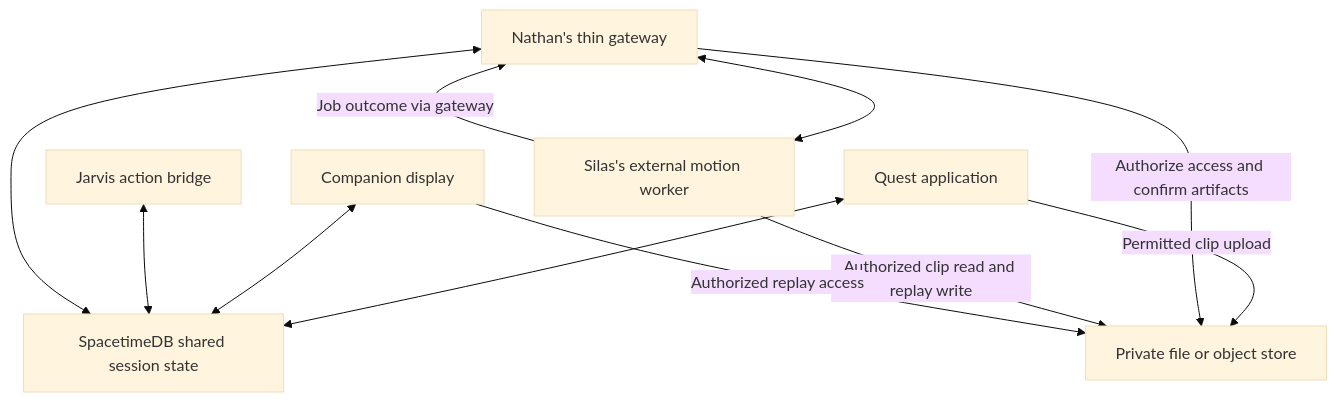
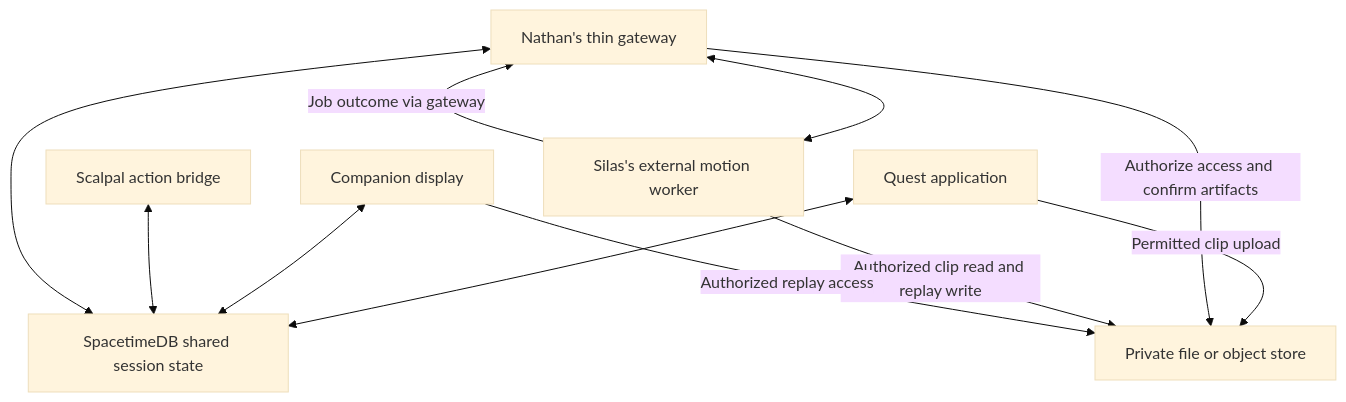
One commit to stephenhungg/scalpal changed the diagram in docs/data-and-realtime.md. Above: the diagram before and after it, drawn with Mermaid (base theme). The commit also changed other lines of this file and 113 other files, not shown here.

First line of the commit message:
rename the coach from Jarvis to Scalpal

````diff
--- a/docs/data-and-realtime.md
+++ b/docs/data-and-realtime.md
@@ -46,13 +46,13 @@
 ```mermaid
 flowchart TD
     Q[Quest application] <--> D[SpacetimeDB shared session state]
     C[Companion display] <--> D
-    V[Jarvis action bridge] <--> D
+    V[Scalpal action bridge] <--> D
     G[Nathan's thin gateway] <--> D
     Q -->|Permitted clip upload| O[Private file or object store]
     G -->|Authorize access and confirm artifacts| O
     G <--> W[Silas's external motion worker]
     W -->|Authorized clip read and replay write| O
     W -->|Job outcome via gateway| G
     C -->|Authorized replay access| O
 ```
````
